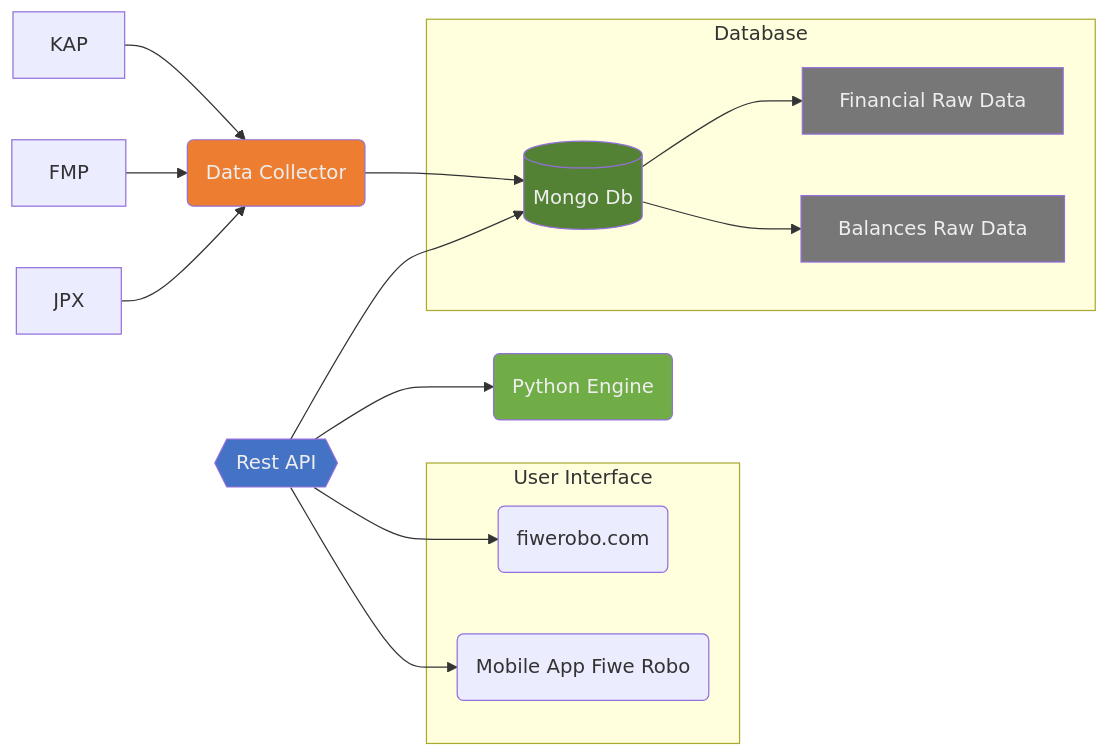
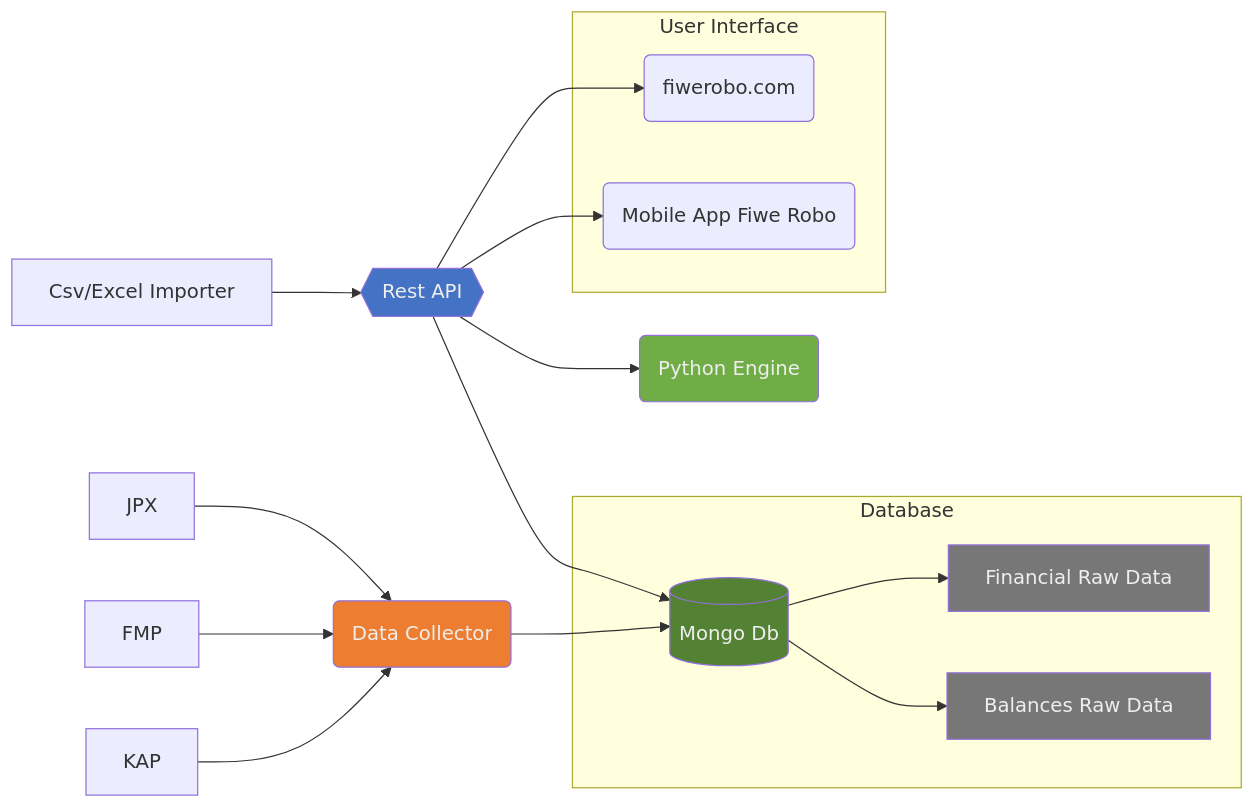
The diagram in README.md (thisisalitek/fiwe), drawn with Mermaid before and after one commit. The commit also changed 4 other files, not shown here.

````diff
--- a/README.md
+++ b/README.md
@@ -10,38 +10,40 @@
 ```mermaid
 graph LR
 dc(Data Collector);style dc fill:#ed7d31,color:#eee;
 mdb[(Mongo Db)];style mdb fill:#548235,color:#eee;
 ww(fiwerobo.com)
 mob(Mobile App Fiwe Robo)
 ra{{Rest API}};style ra fill:#4472c4,color:#eee;
 pe(Python Engine);style pe fill:#70ad47,color:#eee;
 frd[Financial Raw Data]
 bld[Balances Raw Data]
+xls[Csv/Excel Importer]
 
 KAP --> dc
 FMP -->dc
 JPX -->dc
+xls -->ra
 dc --> mdb
 
 ra -->mdb
 ra -->pe
 mdb-->frd
 mdb-->bld
 subgraph Database
 mdb
 frd
 bld
 end
 
 ra -->ww
 ra-->mob
 subgraph UI [User Interface]
 ww
 mob
 end
 
 classDef dbCollections fill:#777,color:#eee;
 class frd,bld dbCollections;
 %% classDef ppS fill:#5b9bd5,color:#eee;
 %% class KAP,kraken,xchange,liverates ppS;
 ```
````
